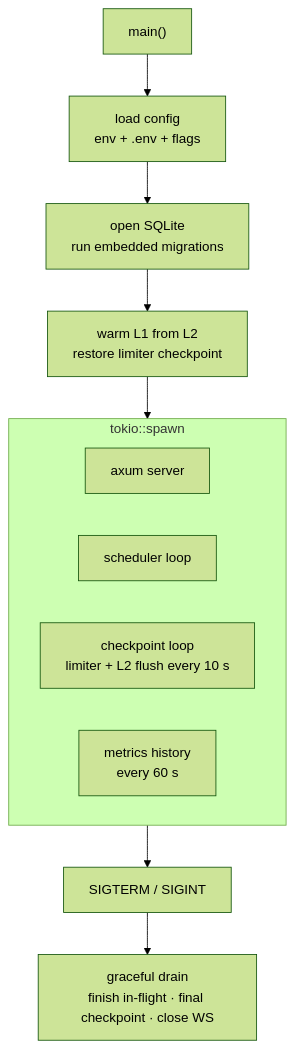
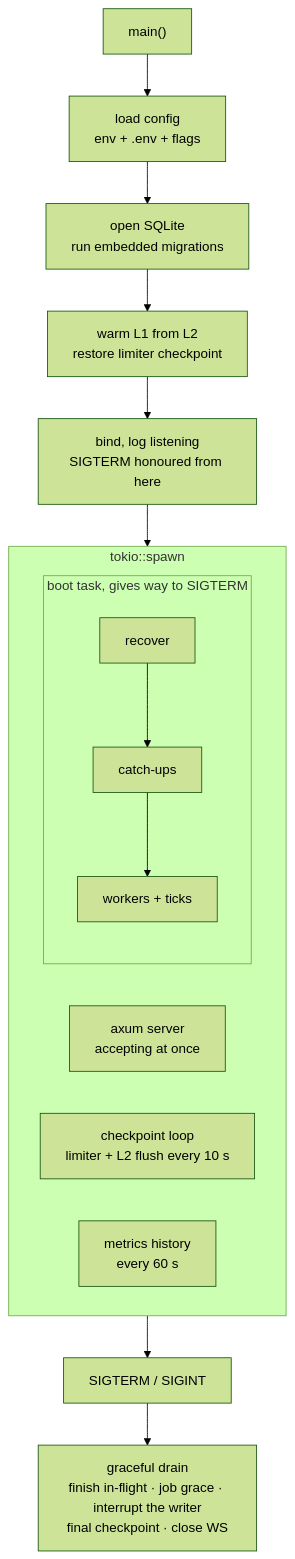
The fifth of 5 diagrams in docs/design/03-architecture.md (NinjaGoldfinch/riot-proxy), drawn with Mermaid (forest theme) before and after one commit. The commit also changed other lines of this file and 11 other files, not shown here.

````diff
--- a/docs/design/03-architecture.md
+++ b/docs/design/03-architecture.md
@@ -141,15 +141,18 @@
 ```mermaid
 flowchart TB
     main["main()"] --> cfg[load config<br/>env + .env + flags]
     cfg --> db[open SQLite<br/>run embedded migrations]
     db --> warm[warm L1 from L2<br/>restore limiter checkpoint]
-    warm --> spawn
+    warm --> bind["bind, log listening<br/>SIGTERM honoured from here"]
+    bind --> spawn
     subgraph spawn["tokio::spawn"]
-        srv[axum server]
-        sch[scheduler loop]
+        srv[axum server<br/>accepting at once]
+        subgraph boot["boot task, gives way to SIGTERM"]
+            rec[recover] --> cu[catch-ups] --> sch[workers + ticks]
+        end
         ck[checkpoint loop<br/>limiter + L2 flush every 10 s]
         hb[metrics history<br/>every 60 s]
     end
     spawn --> sig[SIGTERM / SIGINT]
-    sig --> drain[graceful drain<br/>finish in-flight · final checkpoint · close WS]
+    sig --> drain["graceful drain<br/>finish in-flight · job grace · interrupt the writer<br/>final checkpoint · close WS"]
 ```
````
